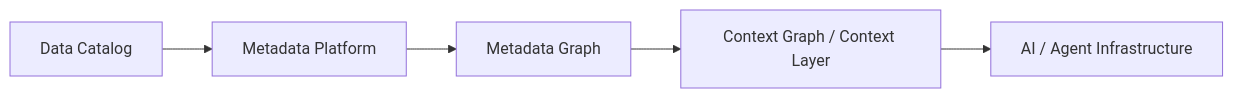
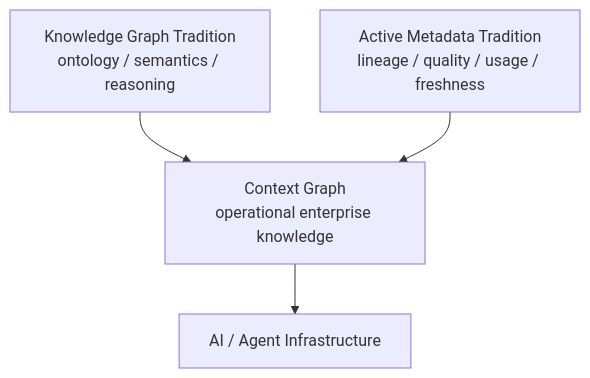
One commit to XiaoWeiKIN/datahub-research changed the second of 2 diagrams in README.md. Above: the diagram before and after it, drawn with Mermaid. The commit also changed other lines of this file, not shown here.

Commit message:
docs: add context graph research and next topic

````diff
--- a/README.md
+++ b/README.md
@@ -106,10 +59,11 @@
 ```mermaid
-flowchart LR
-    CATALOG[Data Catalog]
-    META[Metadata Platform]
-    GRAPH[Metadata Graph]
-    CONTEXT[Context Graph / Context Layer]
-    AGENT[AI / Agent Infrastructure]
+flowchart TB
+    KG[Knowledge Graph Tradition<br/>ontology / semantics / reasoning]
+    AM[Active Metadata Tradition<br/>lineage / quality / usage / freshness]
+    CG[Context Graph<br/>operational enterprise knowledge]
+    AI[AI / Agent Infrastructure]
 
-    CATALOG --> META --> GRAPH --> CONTEXT --> AGENT
+    KG --> CG
+    AM --> CG
+    CG --> AI
 ```
````
